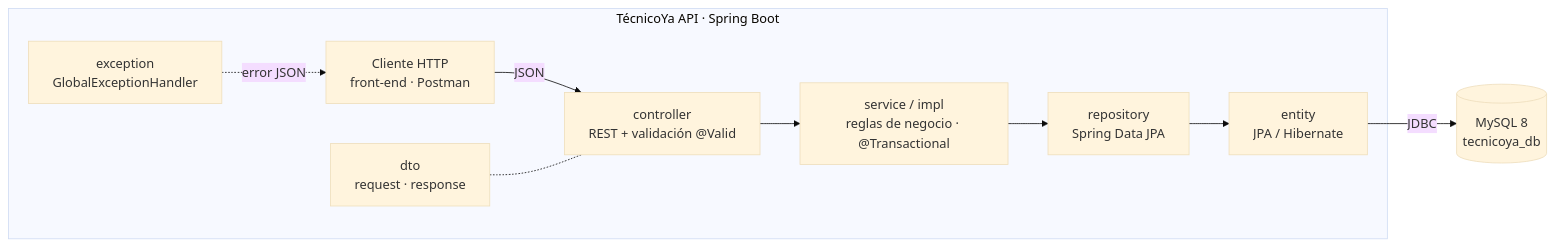
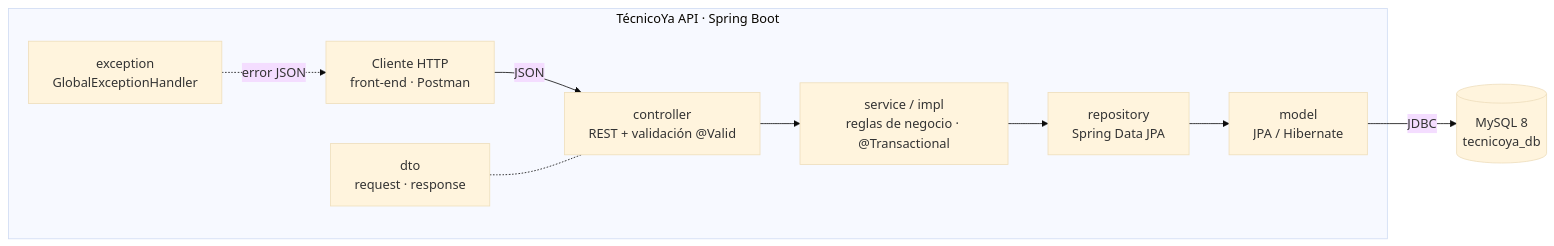
Before and after one commit to nando0304/tecnicoya-api: the first of 3 diagrams in docs/descripcion-sistema.md, drawn with Mermaid (base theme). The commit also changed other lines of this file and 89 other files, not shown here.

````diff
--- a/docs/descripcion-sistema.md
+++ b/docs/descripcion-sistema.md
@@ -27,12 +34,12 @@
 ```mermaid
 flowchart LR
     C["Cliente HTTP<br/>front-end · Postman"] -->|JSON| CT
     subgraph API ["TécnicoYa API · Spring Boot"]
         CT["controller<br/>REST + validación @Valid"] --> SV["service / impl<br/>reglas de negocio · @Transactional"]
         SV --> RP["repository<br/>Spring Data JPA"]
-        RP --> EN["entity<br/>JPA / Hibernate"]
+        RP --> EN["model<br/>JPA / Hibernate"]
         DTO["dto<br/>request · response"] -.- CT
         EX["exception<br/>GlobalExceptionHandler"] -.->|"error JSON"| C
     end
     EN -->|JDBC| DB[("MySQL 8<br/>tecnicoya_db")]
 ```
````
